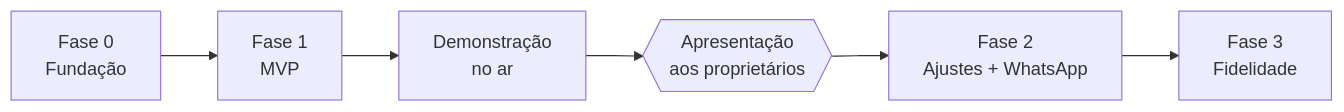
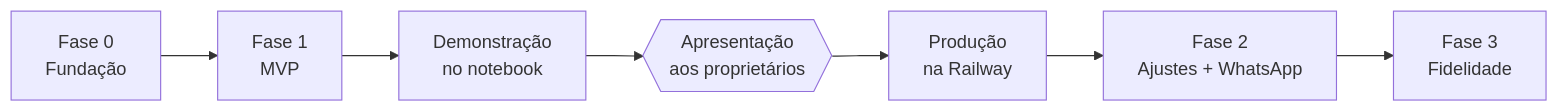
One commit to vitorazevedop7/AugustoBarbearia changed the diagram in docs/produto/roadmap.md. Above: the diagram before and after it, drawn with Mermaid. The commit also changed other lines of this file and 8 other files, not shown here.

First line of the commit message:
docs: demonstração no notebook com link público (ADR 0010)

````diff
--- a/docs/produto/roadmap.md
+++ b/docs/produto/roadmap.md
@@ -9,4 +9,4 @@
 ```mermaid
 flowchart LR
-    F0[Fase 0<br/>Fundação] --> F1[Fase 1<br/>MVP] --> D[Demonstração<br/>no ar] --> A{{Apresentação<br/>aos proprietários}} --> F2[Fase 2<br/>Ajustes + WhatsApp] --> F3[Fase 3<br/>Fidelidade]
+    F0[Fase 0<br/>Fundação] --> F1[Fase 1<br/>MVP] --> D[Demonstração<br/>no notebook] --> A{{Apresentação<br/>aos proprietários}} --> P[Produção<br/>na Railway] --> F2[Fase 2<br/>Ajustes + WhatsApp] --> F3[Fase 3<br/>Fidelidade]
 ```
````
